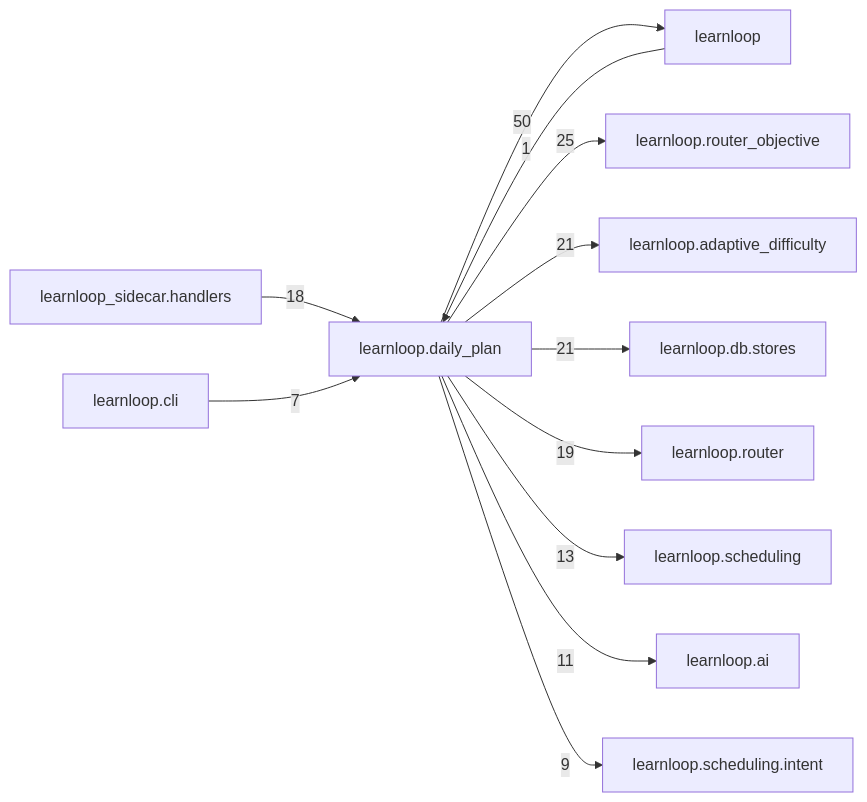
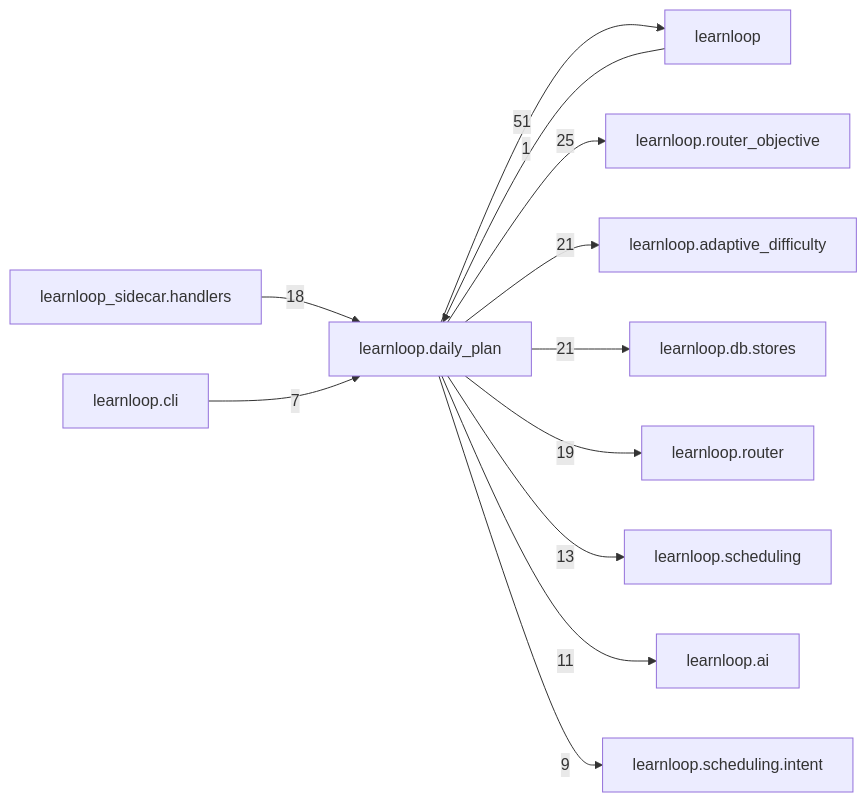
Before and after one commit to 6up-b/learnanything: the diagram in docs/learnloop-architecture-vault/Reference/Modules/learnloop/daily_plan/_package.md, drawn with Mermaid. The commit also changed other lines of this file and 547 other files, not shown here.

````diff
--- a/docs/learnloop-architecture-vault/Reference/Modules/learnloop/daily_plan/_package.md
+++ b/docs/learnloop-architecture-vault/Reference/Modules/learnloop/daily_plan/_package.md
@@ -162,25 +162,25 @@
 ```mermaid
 flowchart LR
     center["learnloop.daily_plan"]
     n_learnloop["learnloop"]
     n_learnloop_router_objective["learnloop.router_objective"]
     n_learnloop_adaptive_difficulty["learnloop.adaptive_difficulty"]
     n_learnloop_db_stores["learnloop.db.stores"]
     n_learnloop_router["learnloop.router"]
     n_learnloop_sidecar_handlers["learnloop_sidecar.handlers"]
     n_learnloop_scheduling["learnloop.scheduling"]
     n_learnloop_ai["learnloop.ai"]
     n_learnloop_scheduling_intent["learnloop.scheduling.intent"]
     n_learnloop_cli["learnloop.cli"]
     n_learnloop -->|1| center
-    center -->|50| n_learnloop
+    center -->|51| n_learnloop
     center -->|25| n_learnloop_router_objective
     center -->|21| n_learnloop_adaptive_difficulty
     center -->|21| n_learnloop_db_stores
     center -->|19| n_learnloop_router
     n_learnloop_sidecar_handlers -->|18| center
     center -->|13| n_learnloop_scheduling
     center -->|11| n_learnloop_ai
     center -->|9| n_learnloop_scheduling_intent
     n_learnloop_cli -->|7| center
 ```
````
